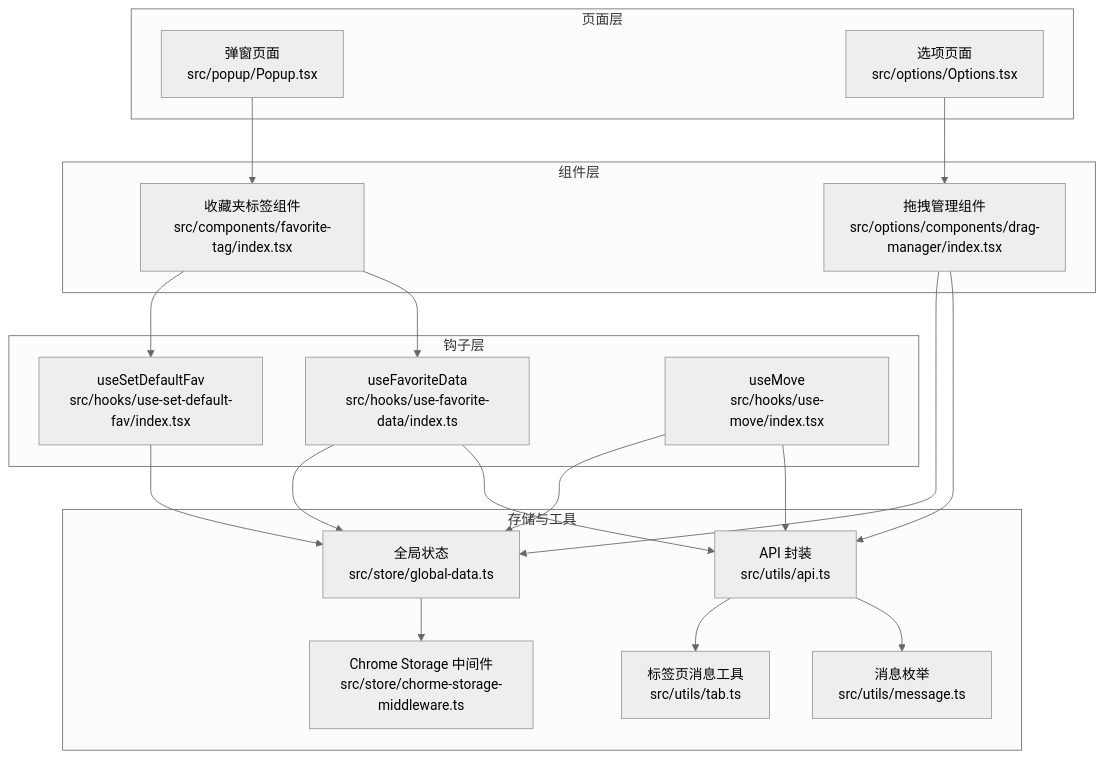
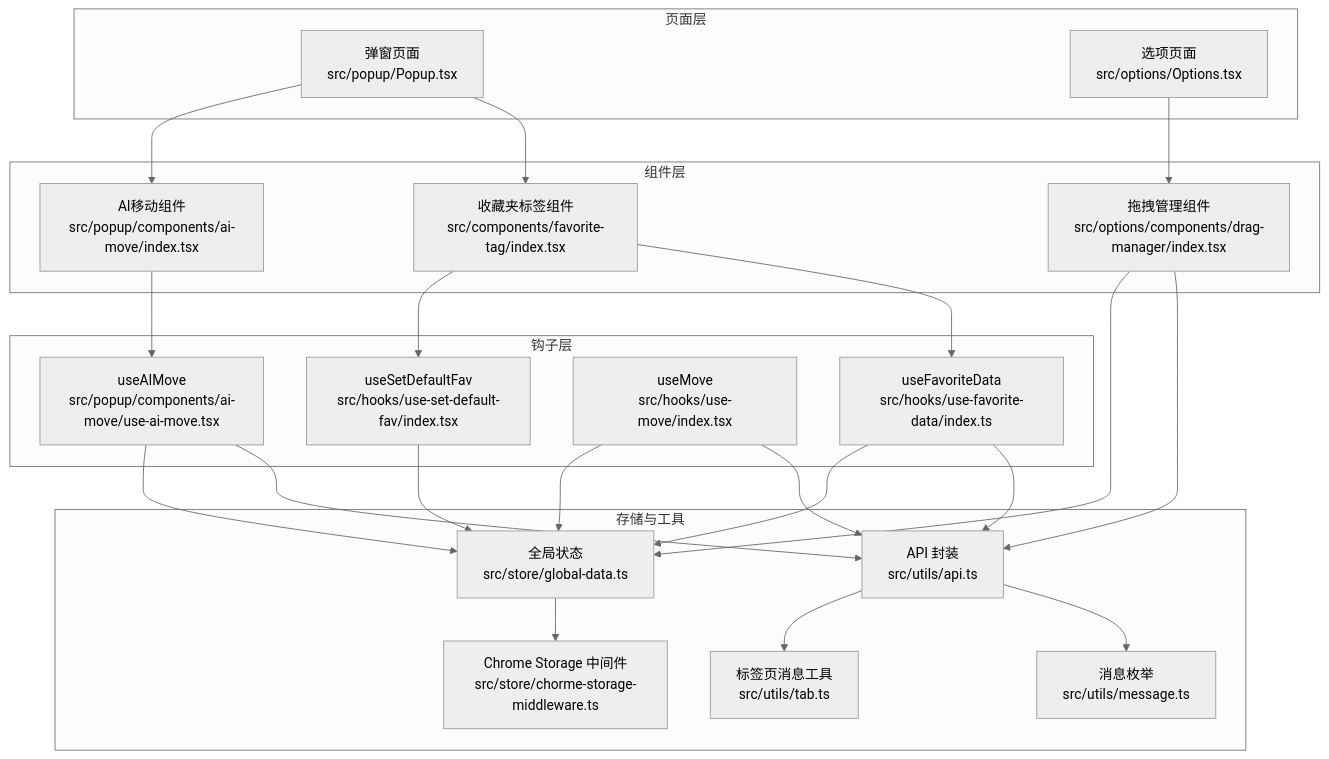
Before and after one commit to RadiumAg/bilibili-favorites: the first of 10 diagrams in .qoder/repowiki/zh/content/核心功能模块/收藏夹管理系统.md, drawn with Mermaid (neutral theme). The commit also changed other lines of this file and 1 other file, not shown here.

````diff
--- a/.qoder/repowiki/zh/content/核心功能模块/收藏夹管理系统.md
+++ b/.qoder/repowiki/zh/content/核心功能模块/收藏夹管理系统.md
@@ -53,37 +58,43 @@
 ```mermaid
 graph TB
 subgraph "页面层"
 Popup["弹窗页面<br/>src/popup/Popup.tsx"]
 Options["选项页面<br/>src/options/Options.tsx"]
 end
 subgraph "组件层"
 FavoriteTag["收藏夹标签组件<br/>src/components/favorite-tag/index.tsx"]
 DragManager["拖拽管理组件<br/>src/options/components/drag-manager/index.tsx"]
+AIMove["AI移动组件<br/>src/popup/components/ai-move/index.tsx"]
 end
 subgraph "钩子层"
 HookFavoriteData["useFavoriteData<br/>src/hooks/use-favorite-data/index.ts"]
 HookSetDefaultFav["useSetDefaultFav<br/>src/hooks/use-set-default-fav/index.tsx"]
 HookMove["useMove<br/>src/hooks/use-move/index.tsx"]
+HookAIMove["useAIMove<br/>src/popup/components/ai-move/use-ai-move.tsx"]
 end
 subgraph "存储与工具"
 GlobalStore["全局状态<br/>src/store/global-data.ts"]
 StorageMW["Chrome Storage 中间件<br/>src/store/chorme-storage-middleware.ts"]
 Api["API 封装<br/>src/utils/api.ts"]
 Message["消息枚举<br/>src/utils/message.ts"]
 TabUtil["标签页消息工具<br/>src/utils/tab.ts"]
 end
 Popup --> FavoriteTag
+Popup --> AIMove
 Options --> DragManager
 FavoriteTag --> HookFavoriteData
 FavoriteTag --> HookSetDefaultFav
+AIMove --> HookAIMove
 HookMove --> Api
 HookFavoriteData --> Api
 HookFavoriteData --> GlobalStore
 HookSetDefaultFav --> GlobalStore
+HookAIMove --> Api
+HookAIMove --> GlobalStore
 HookMove --> GlobalStore
 DragManager --> Api
 DragManager --> GlobalStore
 GlobalStore --> StorageMW
 Api --> Message
 Api --> TabUtil
 ```
````
